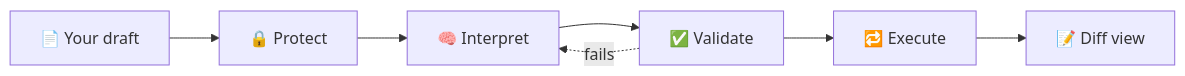
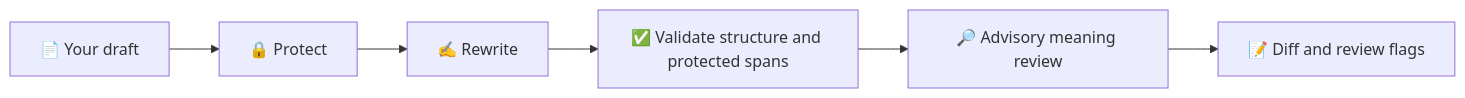
One commit to abdullah804-stack/Rewrite changed the diagram in README.md. Above: the diagram before and after it, drawn with Mermaid. The commit also changed other lines of this file and 7 other files, not shown here.

````diff
--- a/README.md
+++ b/README.md
@@ -62,9 +62,8 @@
 ```mermaid
 flowchart LR
     A[📄 Your draft] --> B[🔒 Protect]
-    B --> C[🧠 Interpret]
-    C --> D[✅ Validate]
-    D --> E[🔁 Execute]
-    E --> F[📝 Diff view]
-    D -. fails .-> C
+    B --> C[✍️ Rewrite]
+    C --> D[✅ Validate structure and protected spans]
+    D --> E[🔎 Advisory meaning review]
+    E --> F[📝 Diff and review flags]
 ```
````
